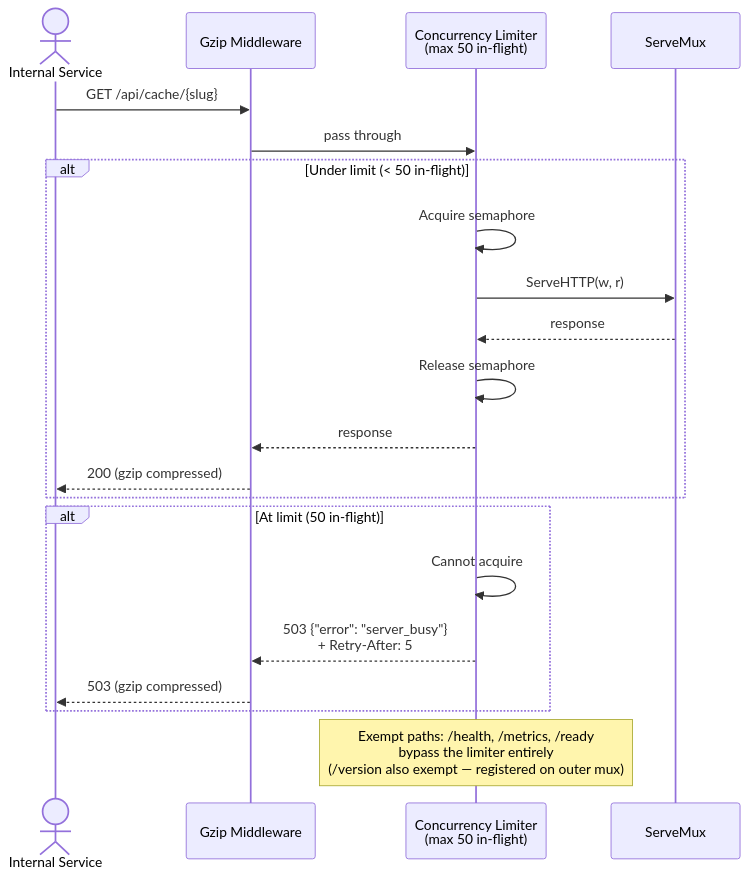
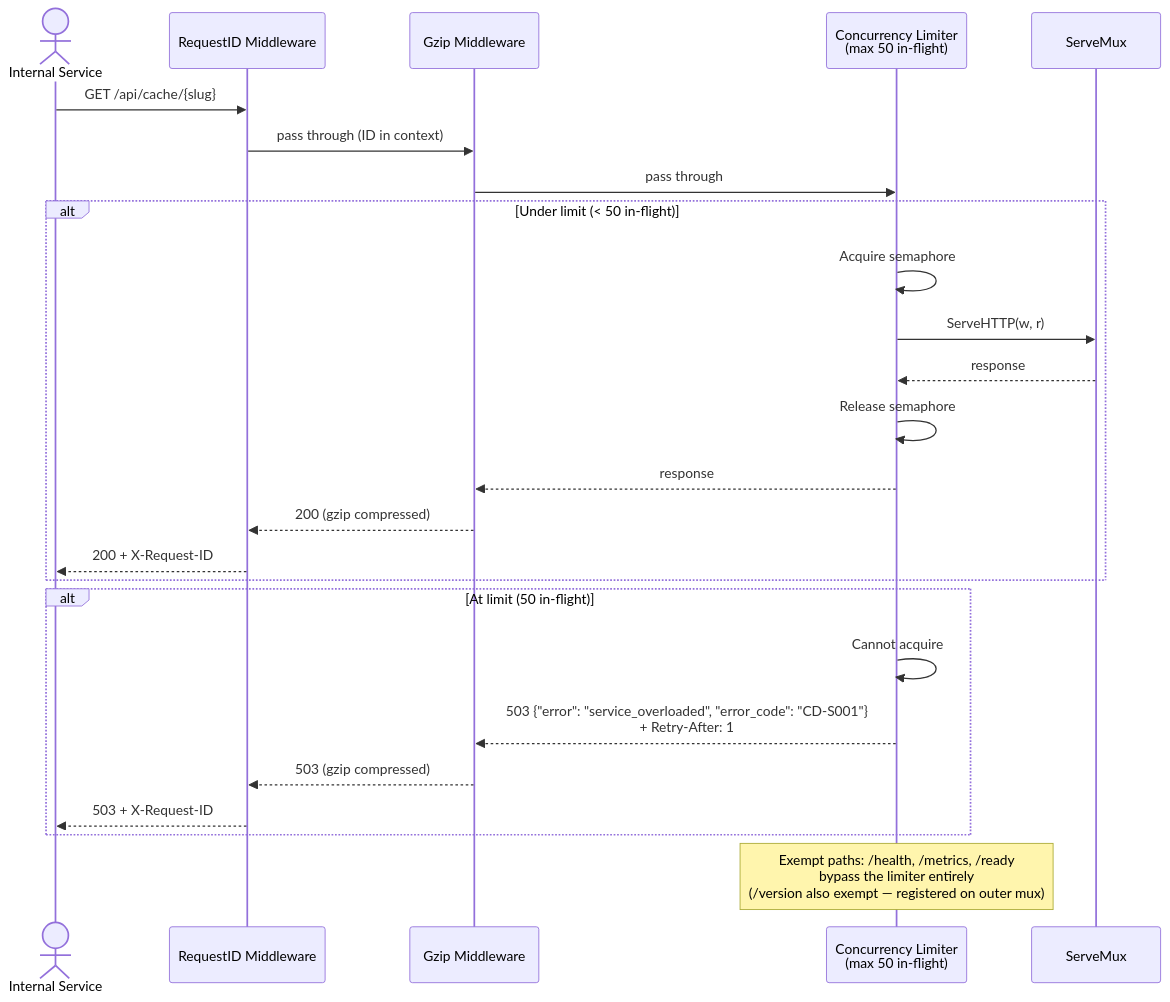
Before and after one commit to finish06/cash-drugs: the fourth of 21 diagrams in docs/sequence-diagram.md, drawn with Mermaid. The commit also changed other lines of this file and 31 other files, not shown here.

````diff
--- a/docs/sequence-diagram.md
+++ b/docs/sequence-diagram.md
@@ -156,27 +167,31 @@
 ```mermaid
 sequenceDiagram
     actor Client as Internal Service
+    participant RID as RequestID Middleware
     participant GZ as Gzip Middleware
     participant LIM as Concurrency Limiter<br/>(max 50 in-flight)
     participant MUX as ServeMux
 
-    Client->>GZ: GET /api/cache/{slug}
+    Client->>RID: GET /api/cache/{slug}
+    RID->>GZ: pass through (ID in context)
     GZ->>LIM: pass through
 
     alt Under limit (< 50 in-flight)
         LIM->>LIM: Acquire semaphore
         LIM->>MUX: ServeHTTP(w, r)
         MUX-->>LIM: response
         LIM->>LIM: Release semaphore
         LIM-->>GZ: response
-        GZ-->>Client: 200 (gzip compressed)
+        GZ-->>RID: 200 (gzip compressed)
+        RID-->>Client: 200 + X-Request-ID
     end
 
     alt At limit (50 in-flight)
         LIM->>LIM: Cannot acquire
-        LIM-->>GZ: 503 {"error": "server_busy"}<br/>+ Retry-After: 5
-        GZ-->>Client: 503 (gzip compressed)
+        LIM-->>GZ: 503 {"error": "service_overloaded", "error_code": "CD-S001"}<br/>+ Retry-After: 1
+        GZ-->>RID: 503 (gzip compressed)
+        RID-->>Client: 503 + X-Request-ID
     end
 
     Note over LIM: Exempt paths: /health, /metrics, /ready<br/>bypass the limiter entirely<br/>(/version also exempt — registered on outer mux)
 ```
````
